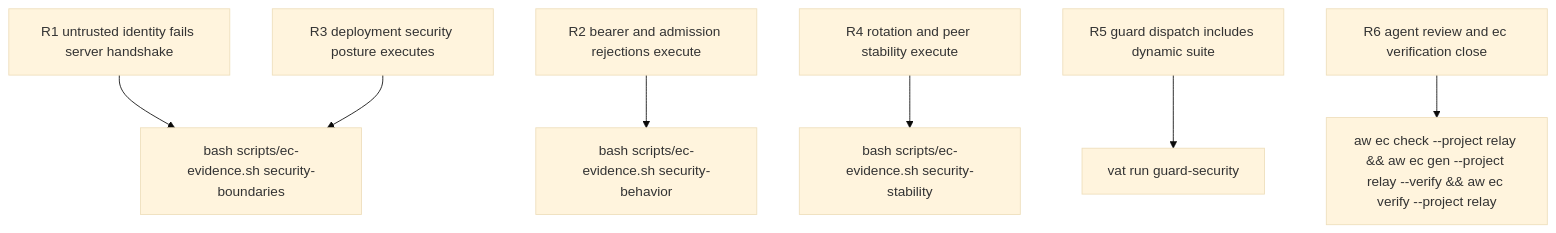
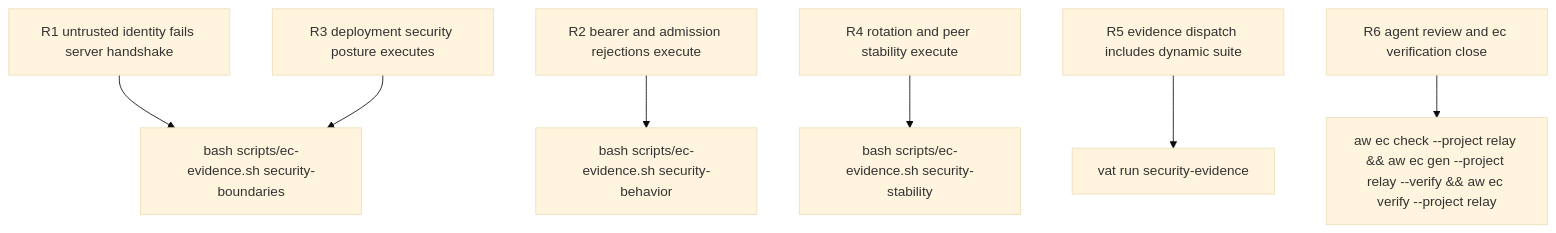
Before and after one commit to faberline/relay: the second of 2 diagrams in tech-design/logic/replace-static-only-security-ec-with-negative-evidence.md, drawn with Mermaid (base theme). The commit also changed other lines of this file and 3 other files, not shown here.

First line of the commit message:
docs: the relay security contract text, ec.lock, README and tech-design no longer claim a guard pass (#236)

````diff
--- a/tech-design/logic/replace-static-only-security-ec-with-negative-evidence.md
+++ b/tech-design/logic/replace-static-only-security-ec-with-negative-evidence.md
@@ -133,49 +133,49 @@
 ```mermaid
 ---
 id: relay-security-tool-contract-verification
 requirements:
   agent_review_and_ec_verification_close:
     id: R6
     text: "AW structurally checks the revised SecurityTool dimensions, independent agent review accepts the digest, generated cases match sources, and every EC command verifies."
     kind: integration
     risk: high
     verify: aw ec check --project relay && aw ec gen --project relay --verify && aw ec verify --project relay
   bearer_and_admission_rejections_execute:
     id: R2
     text: "Missing and invalid tokens return 401, insufficient subject grants and streaming scope return 403, exhausted write admission returns 429 with Retry-After, and probes remain available."
     kind: negative
     risk: high
     verify: bash scripts/ec-evidence.sh security-behavior
   deployment_security_posture_executes:
     id: R3
     text: "The direct and production Kubernetes assets prove restricted containers, persistent state, read-only projected credentials, opt-in NetworkPolicy, and no unsafe voter HPA."
     kind: security
     risk: high
     verify: bash scripts/ec-evidence.sh security-boundaries
   guard_dispatch_includes_dynamic_suite:
     id: R5
-    text: "Vat guard scans Relay, the evidence driver requires named tests and non-zero auth, admission, peer-mTLS, K8s, and reload suites, and Meter records the same dynamic surfaces."
+    text: "Vat evidence driver scans Relay, the evidence driver requires named tests and non-zero auth, admission, peer-mTLS, K8s, and reload suites, and Meter records the same dynamic surfaces."
     kind: integration
     risk: high
-    verify: vat run guard-security
+    verify: vat run security-evidence
   rotation_and_peer_stability_execute:
     id: R4
     text: "Shared invalid registry reload retains the last-known-good snapshot, Relay valid rotation is live without restart, and trusted peer replication remains usable alongside the rejection path."
     kind: stability
     risk: high
     verify: bash scripts/ec-evidence.sh security-stability
   untrusted_identity_fails_server_handshake:
     id: R1
     text: "The peer server rejects an attacker-CA client identity even when the client trusts the legitimate server, and the test observes a server-side TLS handshake error before routing."
     kind: negative
     risk: high
     verify: bash scripts/ec-evidence.sh security-boundaries
 ---
 flowchart TD
     r1[R1 untrusted identity fails server handshake] --> bash_apps_relay_scripts_ec_evidence_sh_security_boundaries[bash scripts/ec-evidence.sh security-boundaries]
     r2[R2 bearer and admission rejections execute] --> bash_apps_relay_scripts_ec_evidence_sh_security_behavior[bash scripts/ec-evidence.sh security-behavior]
     r3[R3 deployment security posture executes] --> bash_apps_relay_scripts_ec_evidence_sh_security_boundaries[bash scripts/ec-evidence.sh security-boundaries]
     r4[R4 rotation and peer stability execute] --> bash_apps_relay_scripts_ec_evidence_sh_security_stability[bash scripts/ec-evidence.sh security-stability]
-    r5[R5 guard dispatch includes dynamic suite] --> cd_apps_relay_target_debug_vat_run_guard_security[vat run guard-security]
+    r5[R5 evidence dispatch includes dynamic suite] --> cd_apps_relay_target_debug_vat_run_security_evidence[vat run security-evidence]
     r6[R6 agent review and ec verification close] --> aw_ec_check_project_relay_aw_ec_gen_project_relay_verify_aw_ec_verify_project_relay[aw ec check --project relay && aw ec gen --project relay --verify && aw ec verify --project relay]
 ```
````
